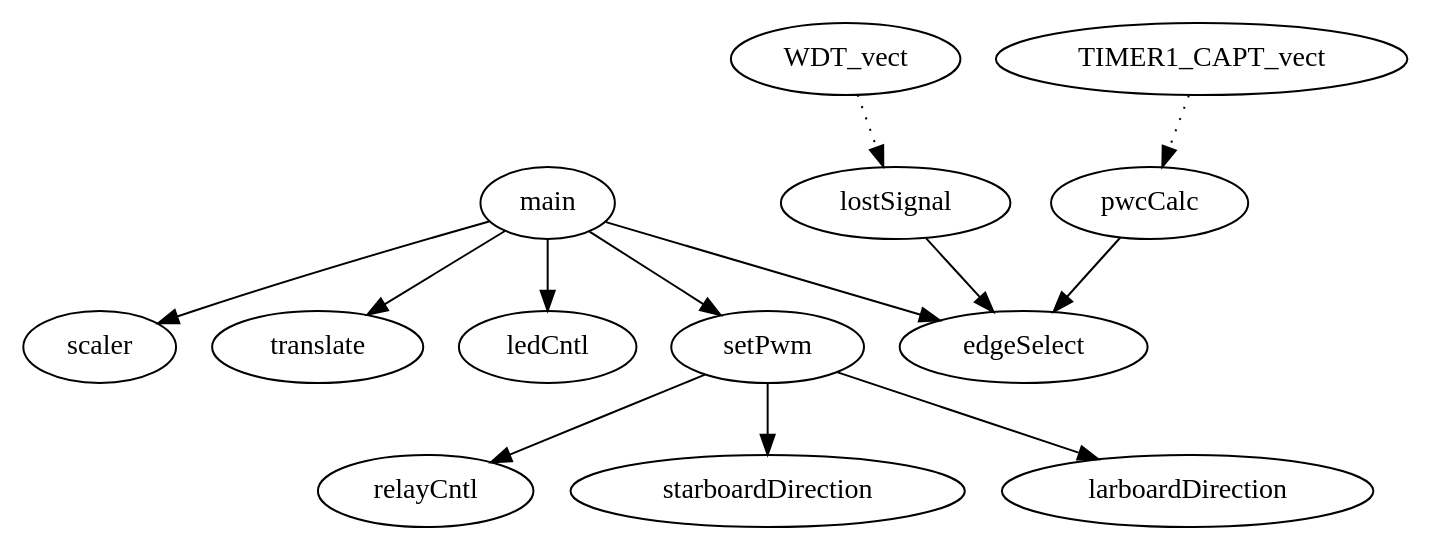
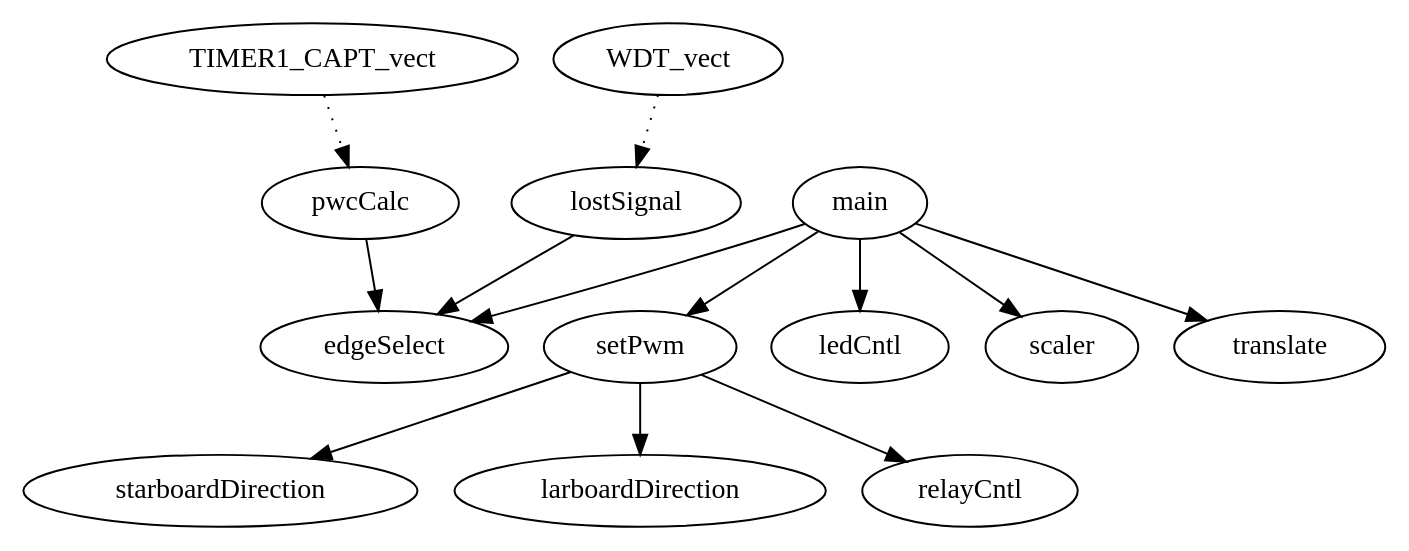
Before and after one commit to bjornburton/champbot: the diagram in Firmware/Propulsion/piruett.dot, drawn with Graphviz. The commit also changed other lines of this file and 7 other files, not shown here.

Commit message:
made COM0A/B0  set (1) for inverted PWM; I thought I had already

```diff
--- a/Firmware/Propulsion/piruett.dot
+++ b/Firmware/Propulsion/piruett.dot
@@ -1,14 +1,14 @@
 digraph callgraph {
-"main" -> "scaler" [style=solid];
-"main" -> "translate" [style=solid];
+"lostSignal" -> "edgeSelect" [style=solid];
+"setPwm" -> "starboardDirection" [style=solid];
+"setPwm" -> "larboardDirection" [style=solid];
+"setPwm" -> "relayCntl" [style=solid];
 "main" -> "ledCntl" [style=solid];
 "main" -> "edgeSelect" [style=solid];
 "main" -> "setPwm" [style=solid];
-"lostSignal" -> "edgeSelect" [style=solid];
+"main" -> "scaler" [style=solid];
+"main" -> "translate" [style=solid];
 "TIMER1_CAPT_vect" -> "pwcCalc" [style=dotted];
 "pwcCalc" -> "edgeSelect" [style=solid];
-"setPwm" -> "relayCntl" [style=solid];
-"setPwm" -> "starboardDirection" [style=solid];
-"setPwm" -> "larboardDirection" [style=solid];
 "WDT_vect" -> "lostSignal" [style=dotted];
 }
```
